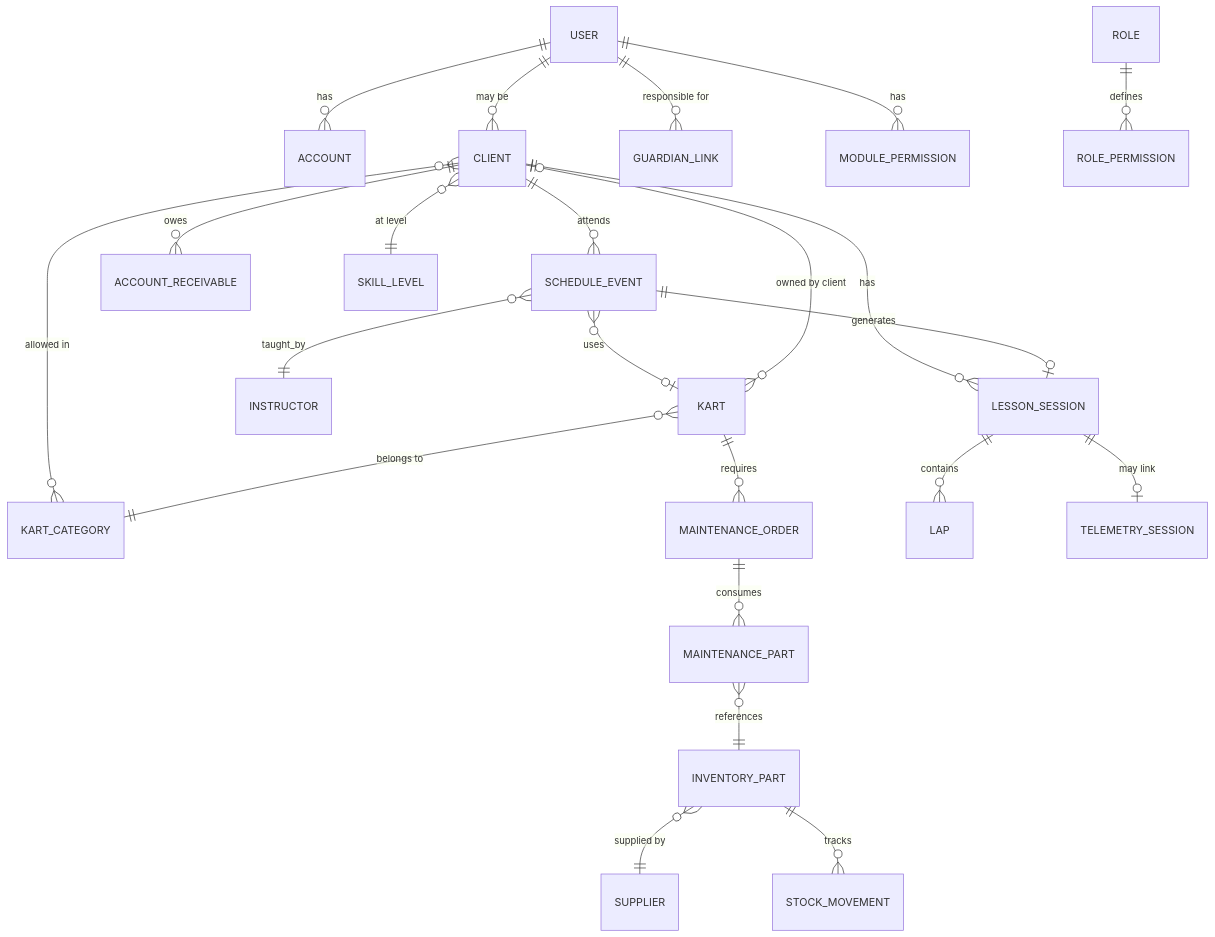
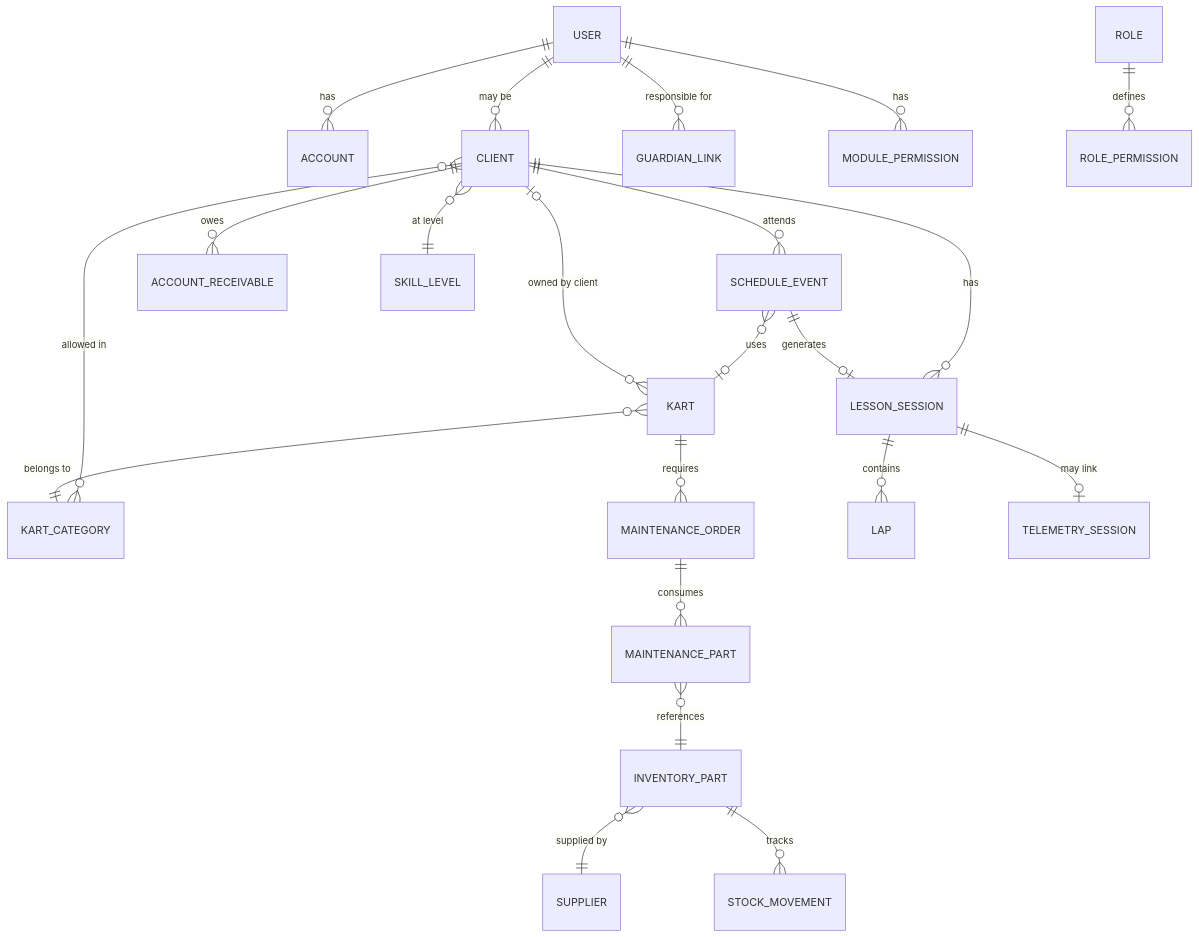
One commit to lucasabreueng/gurgelteam changed the diagram in docs/DATABASE_REFERENCE.md. Above: the diagram before and after it, drawn with Mermaid. The commit also changed other lines of this file and 970 other files, not shown here.

````diff
--- a/docs/DATABASE_REFERENCE.md
+++ b/docs/DATABASE_REFERENCE.md
@@ -34,31 +67,30 @@
 ```mermaid
 erDiagram
     USER ||--o{ ACCOUNT : has
     USER ||--o{ CLIENT : "may be"
     USER ||--o{ GUARDIAN_LINK : "responsible for"
     CLIENT ||--o{ SCHEDULE_EVENT : attends
     CLIENT ||--o{ LESSON_SESSION : has
     CLIENT ||--o{ ACCOUNT_RECEIVABLE : owes
     CLIENT }o--|| SKILL_LEVEL : "at level"
     CLIENT }o--o{ KART_CATEGORY : "allowed in"
     
-    SCHEDULE_EVENT }o--|| INSTRUCTOR : taught_by
     SCHEDULE_EVENT }o--o| KART : uses
     SCHEDULE_EVENT ||--o| LESSON_SESSION : generates
     
     KART ||--o{ MAINTENANCE_ORDER : requires
     KART }o--|| KART_CATEGORY : "belongs to"
     KART }o--o| CLIENT : "owned by client"
     
     MAINTENANCE_ORDER ||--o{ MAINTENANCE_PART : consumes
     MAINTENANCE_PART }o--|| INVENTORY_PART : references
     
     INVENTORY_PART }o--|| SUPPLIER : "supplied by"
     INVENTORY_PART ||--o{ STOCK_MOVEMENT : tracks
     
     LESSON_SESSION ||--o{ LAP : contains
     LESSON_SESSION ||--o| TELEMETRY_SESSION : "may link"
     
     USER ||--o{ MODULE_PERMISSION : has
     ROLE ||--o{ ROLE_PERMISSION : defines
 ```
````
